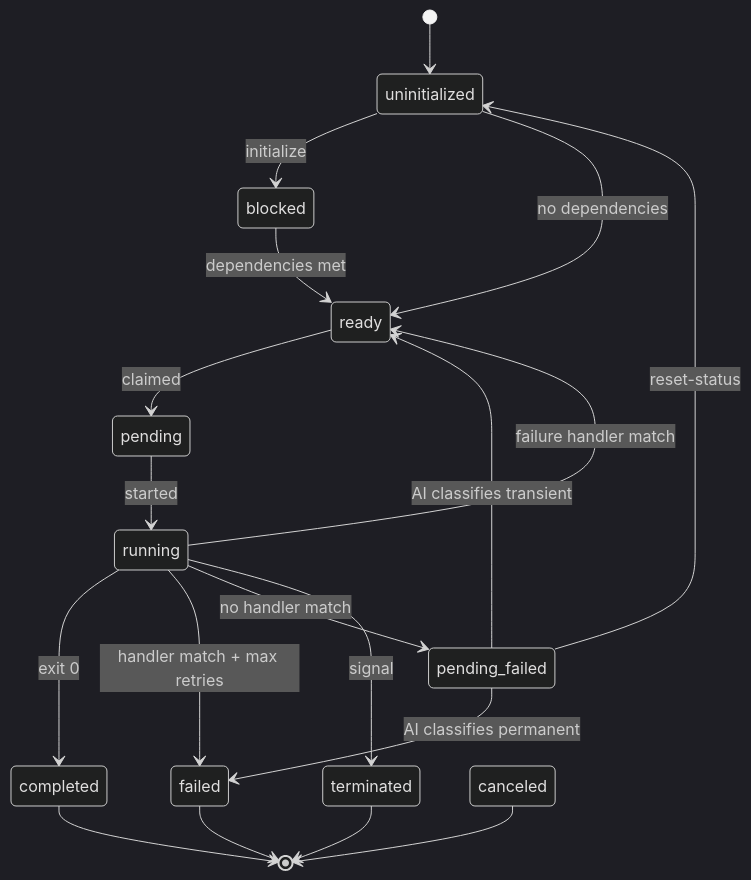
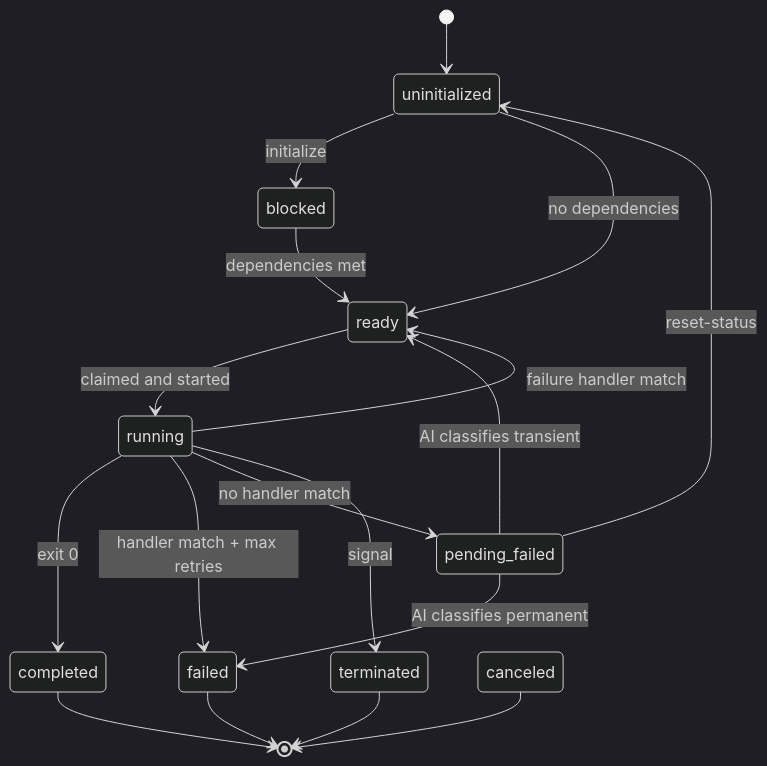
One commit to NatLabRockies/torc changed the fourth of 4 diagrams in docs/src/specialized/design/ai-assisted-recovery.md. Above: the diagram before and after it, drawn with Mermaid (dark theme). The commit also changed other lines of this file and 182 other files, not shown here.

````diff
--- a/docs/src/specialized/design/ai-assisted-recovery.md
+++ b/docs/src/specialized/design/ai-assisted-recovery.md
@@ -176,24 +176,23 @@
 ```mermaid
 stateDiagram-v2
     [*] --> uninitialized
     uninitialized --> blocked : initialize
     uninitialized --> ready : no dependencies
     blocked --> ready : dependencies met
-    ready --> pending : claimed
-    pending --> running : started
+    ready --> running : claimed and started
     running --> completed : exit 0
     running --> failed : handler match + max retries
     running --> pending_failed : no handler match
     running --> ready : failure handler match
     running --> terminated : signal
 
     state "pending_failed" as pending_failed
     pending_failed --> failed : AI classifies permanent
     pending_failed --> ready : AI classifies transient
     pending_failed --> uninitialized : reset-status
 
     failed --> [*]
     completed --> [*]
     canceled --> [*]
     terminated --> [*]
 ```
````
